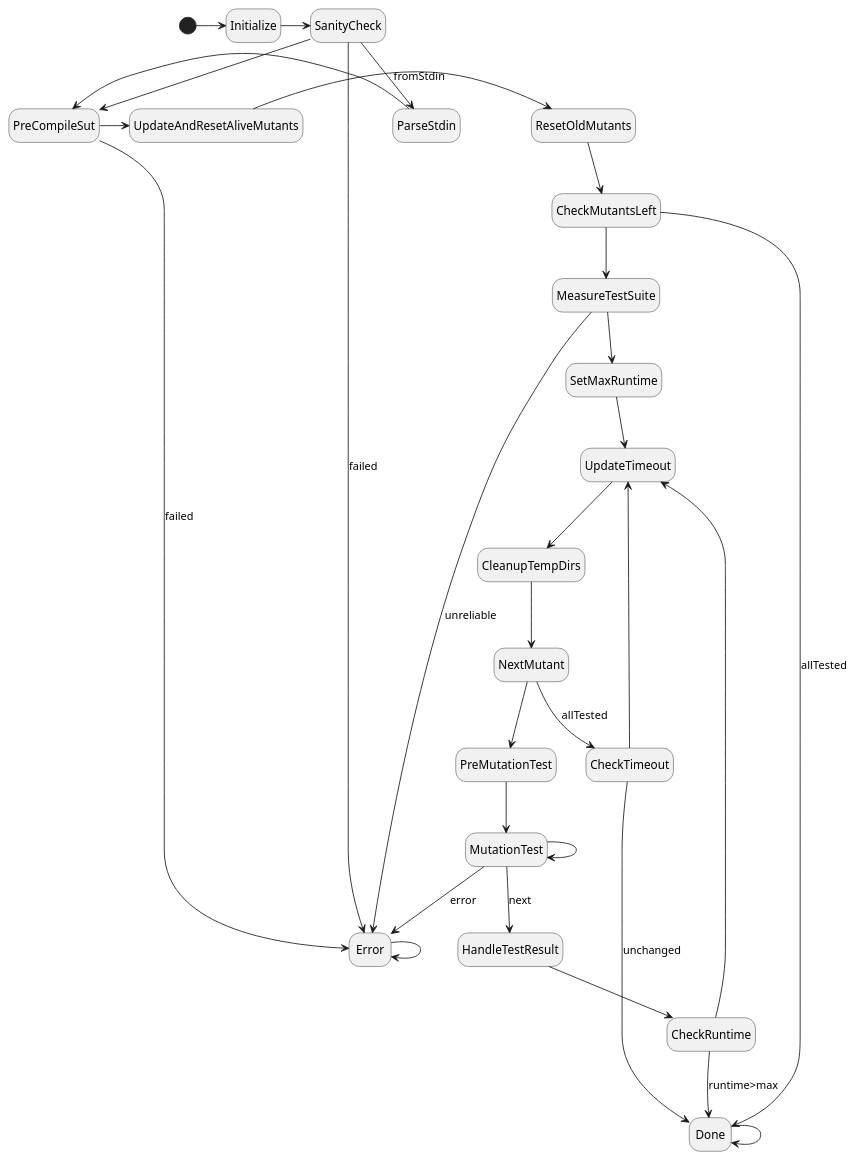
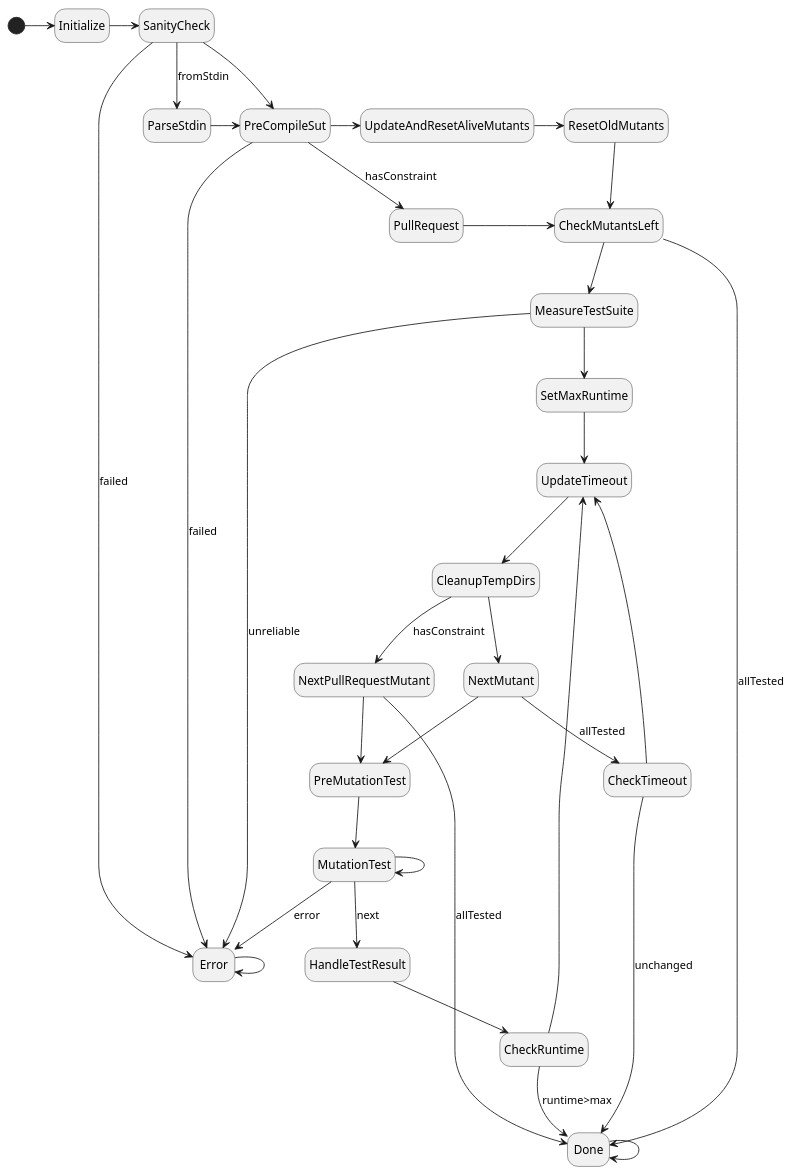
The diagram in plugin/mutate/doc/design/figures/test_mutant_fsm.pu (joakim-brannstrom/dextool), drawn with PlantUML before and after one commit. The commit also changed 7 other files, not shown here.

```diff
--- a/plugin/mutate/doc/design/figures/test_mutant_fsm.pu
+++ b/plugin/mutate/doc/design/figures/test_mutant_fsm.pu
@@ -1,53 +1,60 @@
 @startuml
 hide empty description
 
 [*] -> Initialize
 
 Initialize -> SanityCheck
 
 SanityCheck --> Error : failed
 SanityCheck --> ParseStdin : fromStdin
 SanityCheck -> PreCompileSut
 
 ParseStdin -> PreCompileSut
 
 PreCompileSut --> Error : failed
 PreCompileSut -> UpdateAndResetAliveMutants
+PreCompileSut --> PullRequest : hasConstraint
+
+PullRequest -> CheckMutantsLeft
 
 UpdateAndResetAliveMutants -> ResetOldMutants
 
 ResetOldMutants --> CheckMutantsLeft
 
 UpdateTimeout --> CleanupTempDirs
 
 CleanupTempDirs --> NextMutant
+CleanupTempDirs --> NextPullRequestMutant : hasConstraint
 
 CheckMutantsLeft --> Done : allTested
 CheckMutantsLeft --> MeasureTestSuite
 
 MeasureTestSuite --> Error : unreliable
 MeasureTestSuite --> SetMaxRuntime
 
 SetMaxRuntime --> UpdateTimeout
 
 CheckRuntime --> UpdateTimeout
 CheckRuntime --> Done : runtime>max
 
 NextMutant --> CheckTimeout : allTested
 NextMutant --> PreMutationTest
+
+NextPullRequestMutant --> PreMutationTest
+NextPullRequestMutant --> Done : allTested
 
 PreMutationTest --> MutationTest
 
 MutationTest --> HandleTestResult : next
 MutationTest --> Error : error
 MutationTest --> MutationTest
 
 HandleTestResult --> CheckRuntime
 
 CheckTimeout --> Done : unchanged
 CheckTimeout --> UpdateTimeout
 
 Done --> Done
 
 Error --> Error
 @enduml
```
